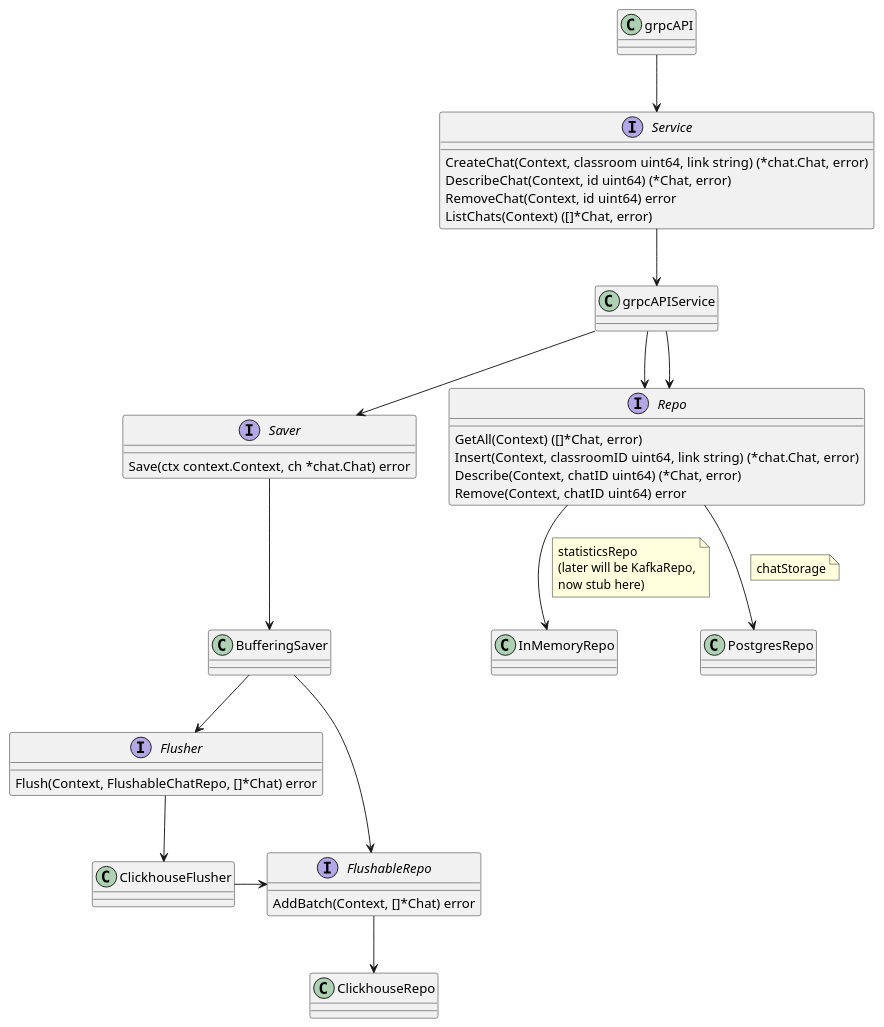
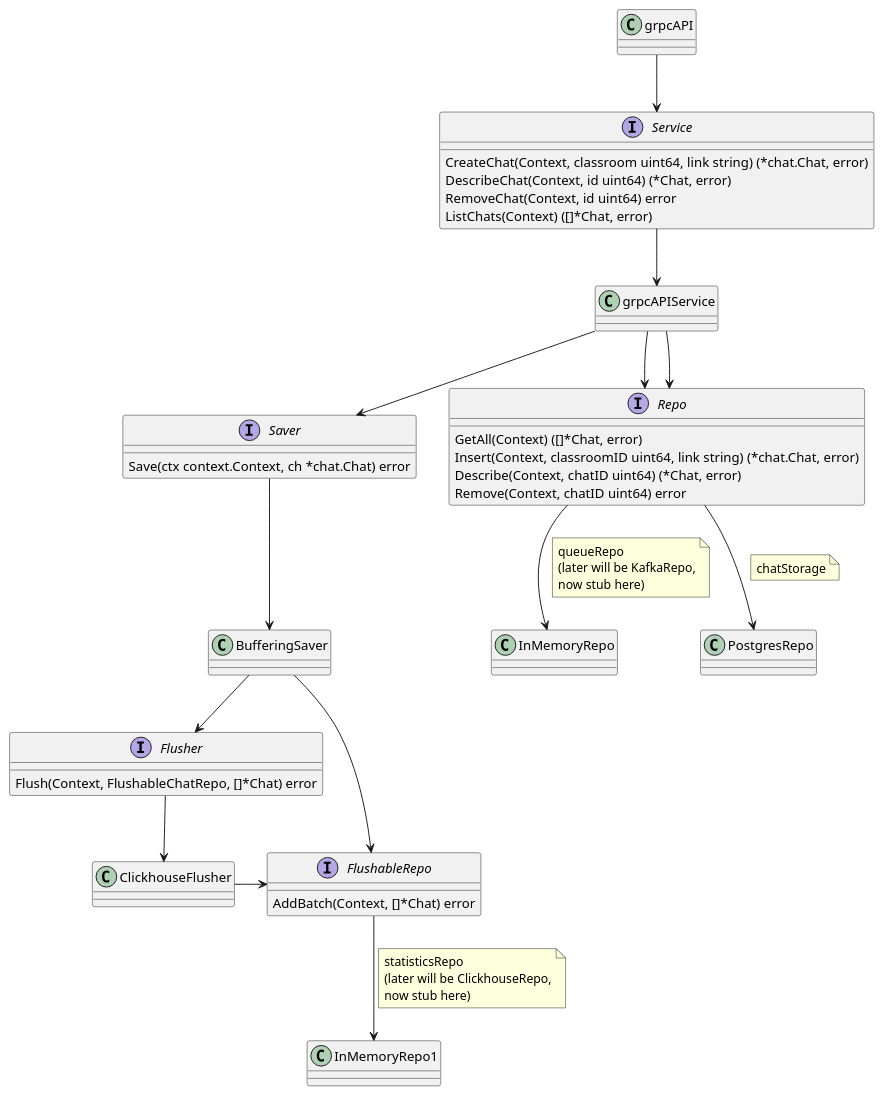
One commit to ozoncp/ocp-chat-api changed the diagram in docs/scheme.puml. Above: the diagram before and after it, drawn with PlantUML.

```diff
--- a/docs/scheme.puml
+++ b/docs/scheme.puml
@@ -1,56 +1,62 @@
 @startuml
 
 interface Service {
 	CreateChat(Context, classroom uint64, link string) (*chat.Chat, error)
 	DescribeChat(Context, id uint64) (*Chat, error)
 	RemoveChat(Context, id uint64) error
 	ListChats(Context) ([]*Chat, error)
 
 }
 
 interface Saver {
     Save(ctx context.Context, ch *chat.Chat) error
 }
 
 interface Flusher {
     Flush(Context, FlushableChatRepo, []*Chat) error
 }
 
 interface FlushableRepo {
     AddBatch(Context, []*Chat) error
 }
 interface Repo {
     GetAll(Context) ([]*Chat, error)
 	Insert(Context, classroomID uint64, link string) (*chat.Chat, error)
 	Describe(Context, chatID uint64) (*Chat, error)
 	Remove(Context, chatID uint64) error
 }
 
 grpcAPI --> Service
 Service --> grpcAPIService
 'clickhouse
 grpcAPIService --> Saver
 Saver --> BufferingSaver
 BufferingSaver --> Flusher
 BufferingSaver --> FlushableRepo
 Flusher --> ClickhouseFlusher
 ClickhouseFlusher -> FlushableRepo
-FlushableRepo --> ClickhouseRepo
+FlushableRepo --> InMemoryRepo1
+note right on link
+statisticsRepo
+(later will be ClickhouseRepo,
+now stub here)
+end note
+
 
 'postgres chat storage
 grpcAPIService --> Repo
 Repo --> PostgresRepo
 note right on link
 chatStorage
 end note
 
 'kafka
 grpcAPIService --> Repo
 Repo --> InMemoryRepo
 note right on link
-statisticsRepo
+queueRepo
 (later will be KafkaRepo,
 now stub here)
 end note
 
 @enduml
```
